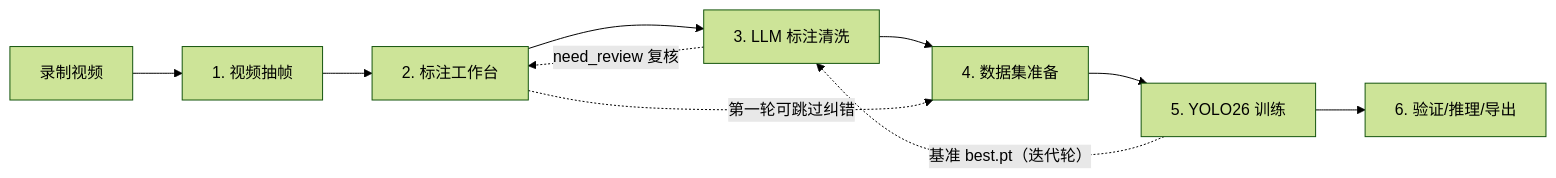
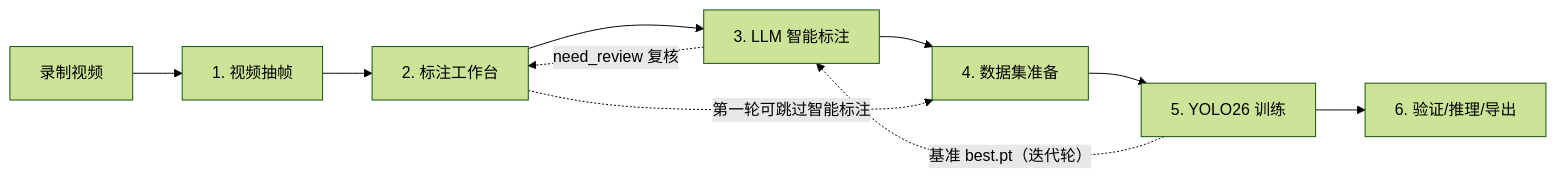
Before and after one commit to wonglyxng/YoloStudio: the diagram in docs/002_YOLO26训练使用说明.md, drawn with Mermaid (forest theme). The commit also changed other lines of this file and 22 other files, not shown here.

Commit message:
统一「3. LLM 智能标注」命名与默认输出路径并同步文档与测试

````diff
--- a/docs/002_YOLO26训练使用说明.md
+++ b/docs/002_YOLO26训练使用说明.md
@@ -11,7 +11,7 @@
 ```mermaid
 flowchart LR
-    V["录制视频"] --> T1["1. 视频抽帧"] --> T2["2. 标注工作台"] --> T3["3. LLM 标注清洗"] --> T4["4. 数据集准备"] --> T5["5. YOLO26 训练"] --> T6["6. 验证/推理/导出"]
-    T2 -. "第一轮可跳过纠错" .-> T4
+    V["录制视频"] --> T1["1. 视频抽帧"] --> T2["2. 标注工作台"] --> T3["3. LLM 智能标注"] --> T4["4. 数据集准备"] --> T5["5. YOLO26 训练"] --> T6["6. 验证/推理/导出"]
+    T2 -. "第一轮可跳过智能标注" .-> T4
     T5 -. "基准 best.pt（迭代轮）" .-> T3
     T3 -. "need_review 复核" .-> T2
 ```
````
